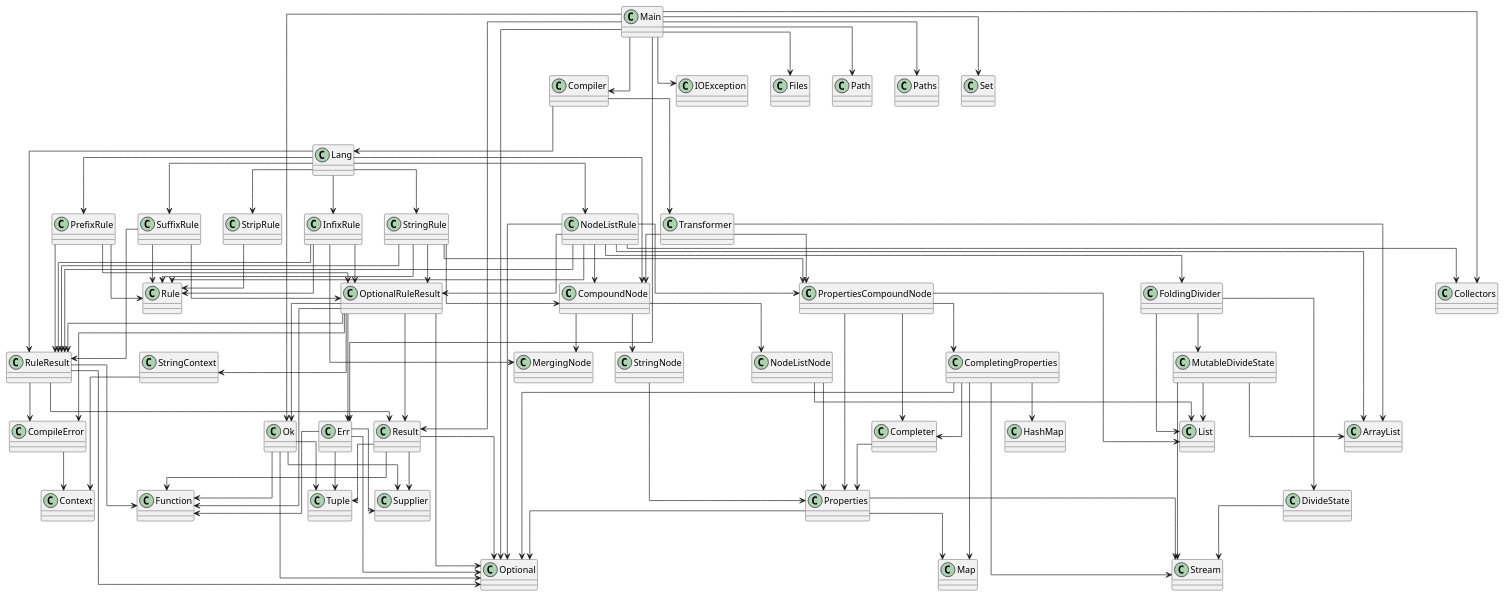
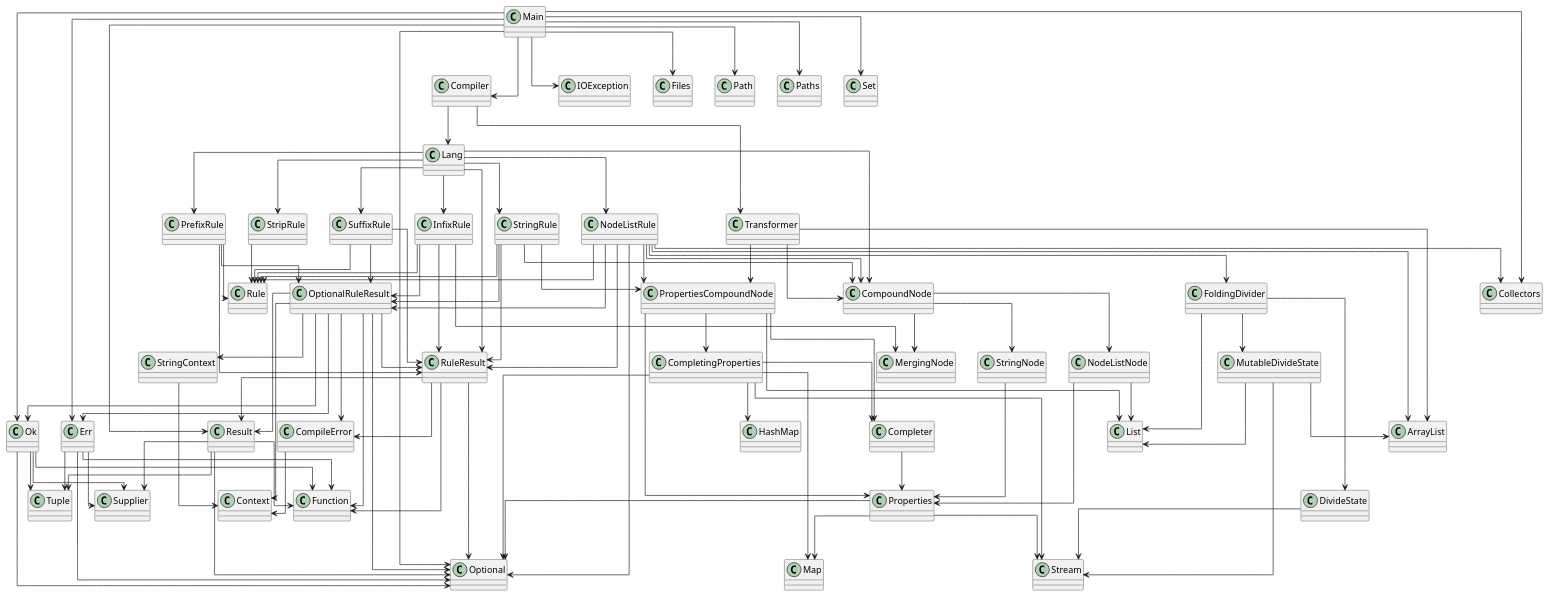
One commit to SirMathhman/Magma changed the diagram in diagram.puml. Above: the diagram before and after it, drawn with PlantUML. The commit also changed 6 other files, not shown here.

```diff
--- a/diagram.puml
+++ b/diagram.puml
@@ -1,135 +1,136 @@
 @startuml
 skinparam linetype ortho
 class Properties
 Properties --> Map
 Properties --> Optional
 Properties --> Stream
 class FoldingDivider
 FoldingDivider --> DivideState
 FoldingDivider --> MutableDivideState
 FoldingDivider --> List
 class Transformer
 Transformer --> CompoundNode
 Transformer --> PropertiesCompoundNode
 Transformer --> ArrayList
 class CompileError
 CompileError --> Context
 class StringContext
 StringContext --> Context
 class Result
 Result --> Tuple
 Result --> Optional
 Result --> Function
 Result --> Supplier
 class DivideState
 DivideState --> Stream
 class NodeListRule
 NodeListRule --> Rule
 NodeListRule --> CompoundNode
 NodeListRule --> PropertiesCompoundNode
 NodeListRule --> FoldingDivider
 NodeListRule --> RuleResult
 NodeListRule --> OptionalRuleResult
 NodeListRule --> ArrayList
 NodeListRule --> Optional
 NodeListRule --> Collectors
 class InfixRule
 InfixRule --> Rule
 InfixRule --> MergingNode
 InfixRule --> RuleResult
 InfixRule --> OptionalRuleResult
 class RuleResult
 RuleResult --> Result
 RuleResult --> CompileError
 RuleResult --> Optional
 RuleResult --> Function
 class MergingNode
 class StringRule
 StringRule --> Rule
 StringRule --> CompoundNode
 StringRule --> PropertiesCompoundNode
 StringRule --> RuleResult
 StringRule --> OptionalRuleResult
 class Rule
 class PrefixRule
 PrefixRule --> Rule
 PrefixRule --> RuleResult
 PrefixRule --> OptionalRuleResult
 class CompoundNode
 CompoundNode --> MergingNode
 CompoundNode --> NodeListNode
 CompoundNode --> StringNode
 class Err
 Err --> Tuple
 Err --> Optional
 Err --> Function
 Err --> Supplier
 class MutableDivideState
 MutableDivideState --> ArrayList
 MutableDivideState --> List
 MutableDivideState --> Stream
 class Lang
 Lang --> CompoundNode
 Lang --> NodeListRule
 Lang --> InfixRule
 Lang --> PrefixRule
 Lang --> StringRule
 Lang --> StripRule
 Lang --> SuffixRule
 Lang --> RuleResult
 class CompletingProperties
 CompletingProperties --> Completer
 CompletingProperties --> HashMap
 CompletingProperties --> Map
 CompletingProperties --> Optional
 CompletingProperties --> Stream
 class Compiler
 Compiler --> Lang
 Compiler --> Transformer
 class Tuple
 class StringNode
 StringNode --> Properties
 class PropertiesCompoundNode
 PropertiesCompoundNode --> CompletingProperties
 PropertiesCompoundNode --> Properties
 PropertiesCompoundNode --> Completer
 PropertiesCompoundNode --> List
 class StripRule
 StripRule --> Rule
 class Completer
 Completer --> Properties
 class NodeListNode
 NodeListNode --> Properties
 NodeListNode --> List
 class OptionalRuleResult
 OptionalRuleResult --> Err
 OptionalRuleResult --> Ok
 OptionalRuleResult --> Result
 OptionalRuleResult --> CompileError
+OptionalRuleResult --> Context
 OptionalRuleResult --> StringContext
 OptionalRuleResult --> RuleResult
 OptionalRuleResult --> Optional
 OptionalRuleResult --> Function
 class Main
 Main --> Err
 Main --> Ok
 Main --> Result
 Main --> Compiler
 Main --> IOException
 Main --> Files
 Main --> Path
 Main --> Paths
 Main --> Optional
 Main --> Set
 Main --> Collectors
 class Context
 class SuffixRule
 SuffixRule --> Rule
 SuffixRule --> RuleResult
 SuffixRule --> OptionalRuleResult
 class Ok
 Ok --> Tuple
 Ok --> Optional
 Ok --> Function
 Ok --> Supplier
 @enduml
```
